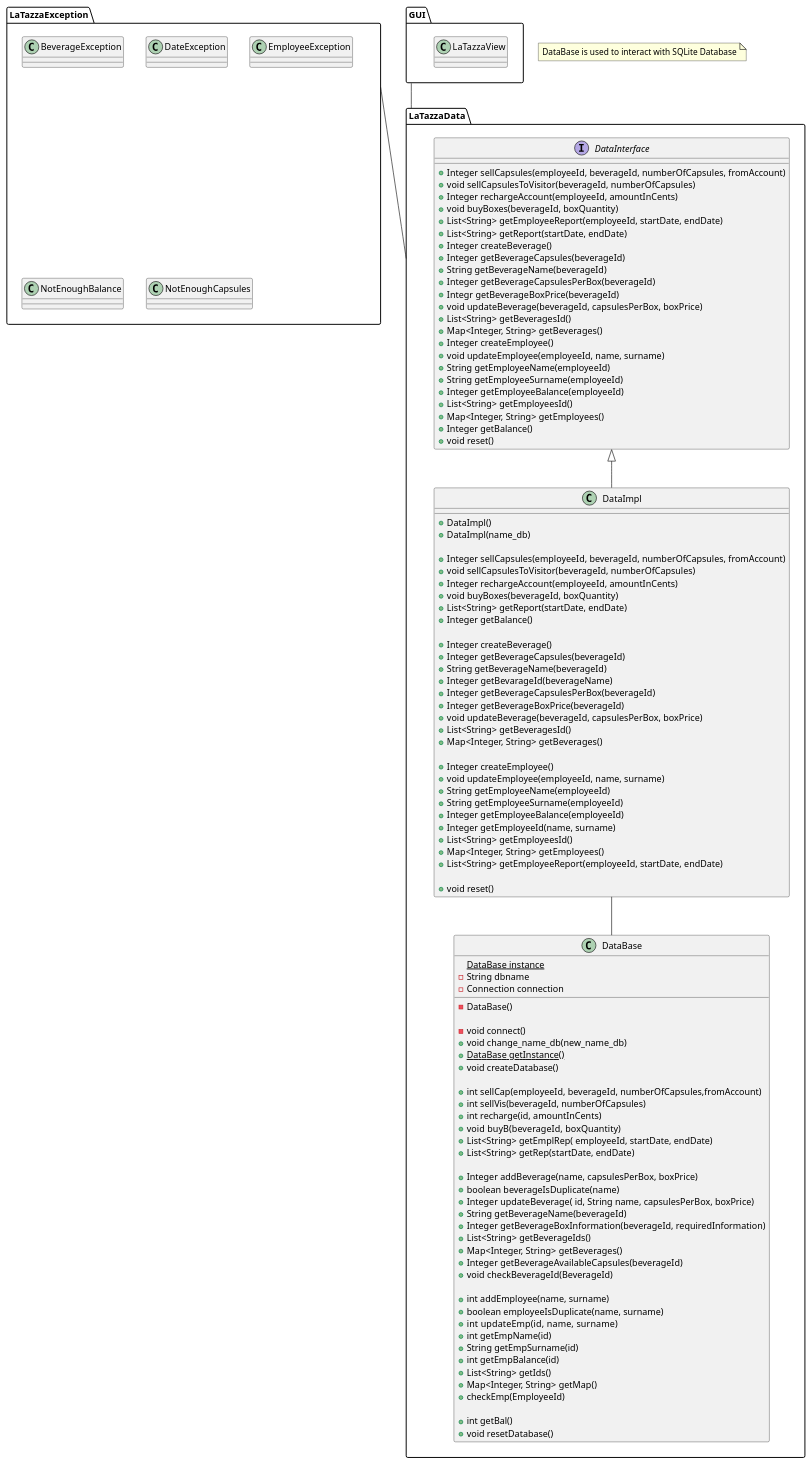
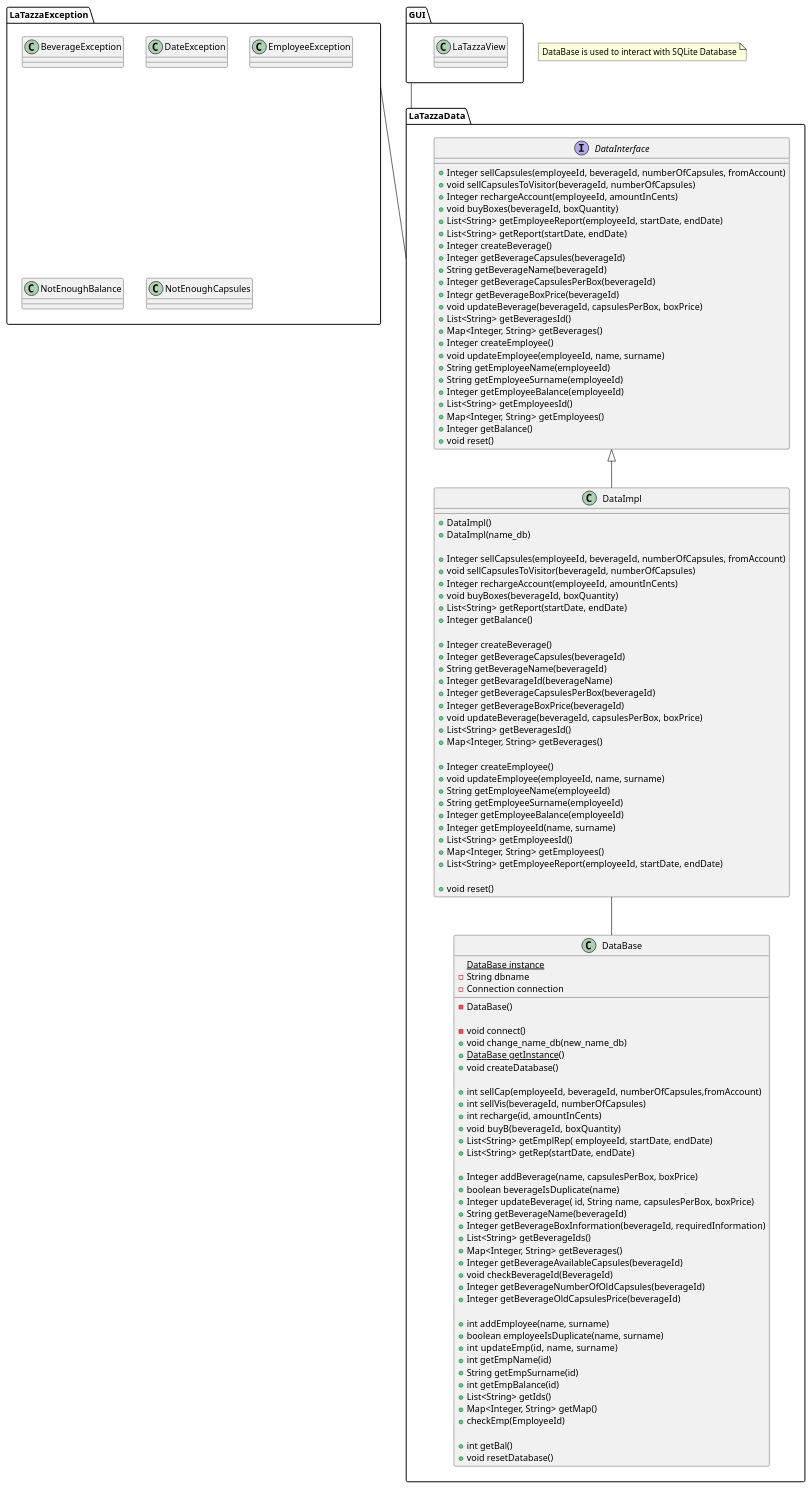
One commit to SimoneDutto/LaTazza changed the second of 3 diagrams in templates/DesignDocumentTemplate.md. Above: the diagram before and after it, drawn with PlantUML. The commit also changed other lines of this file and 4 other files, not shown here.

```diff
--- a/templates/DesignDocumentTemplate.md
+++ b/templates/DesignDocumentTemplate.md
@@ -145,7 +146,9 @@
 {method} + Map<Integer, String> getBeverages()
 {method} + Integer getBeverageAvailableCapsules(beverageId)
 {method} + void checkBeverageId(BeverageId)
-
+{method} + Integer getBeverageNumberOfOldCapsules(beverageId)
+{method} + Integer getBeverageOldCapsulesPrice(beverageId)
+ 
 {method} + int addEmployee(name, surname)
 {method} + boolean employeeIsDuplicate(name, surname)
 {method} + int updateEmp(id,  name,  surname)
```
